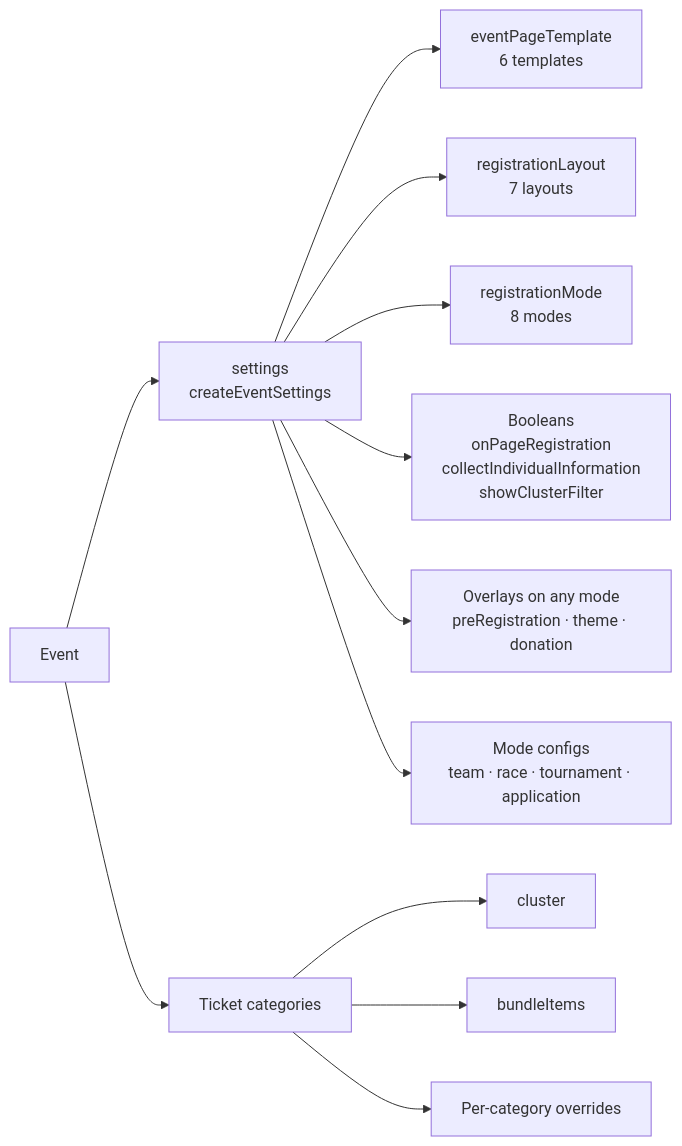
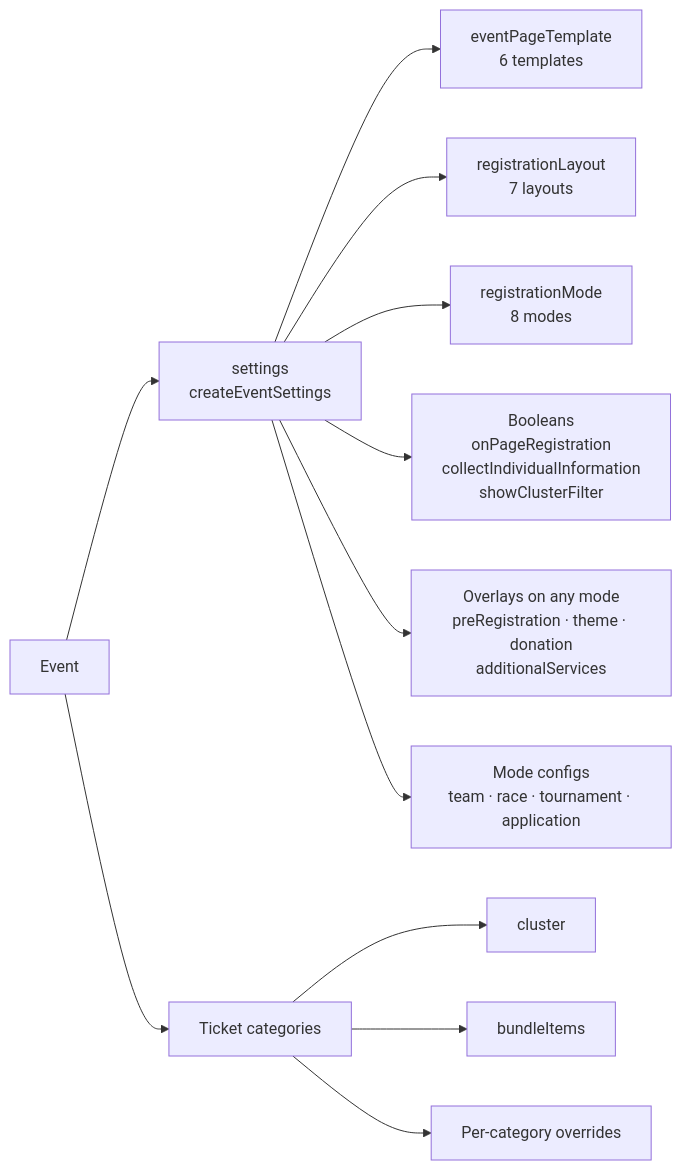
Before and after one commit to stage-crew/platform-docs: the first of 20 diagrams in tickify-event-details-and-registration.md, drawn with Mermaid. The commit also changed other lines of this file, not shown here.

````diff
--- a/tickify-event-details-and-registration.md
+++ b/tickify-event-details-and-registration.md
@@ -5,14 +5,14 @@
 ```mermaid
 flowchart LR
   E["Event"] --> S["settings<br/>createEventSettings"]
   E --> C["Ticket categories"]
   S --> T["eventPageTemplate<br/>6 templates"]
   S --> L["registrationLayout<br/>7 layouts"]
   S --> M["registrationMode<br/>8 modes"]
   S --> B["Booleans<br/>onPageRegistration<br/>collectIndividualInformation<br/>showClusterFilter"]
-  S --> O["Overlays on any mode<br/>preRegistration · theme · donation"]
+  S --> O["Overlays on any mode<br/>preRegistration · theme · donation<br/>additionalServices"]
   S --> MC["Mode configs<br/>team · race · tournament · application"]
   C --> CL["cluster"]
   C --> BI["bundleItems"]
   C --> CO["Per-category overrides"]
 ```
````
